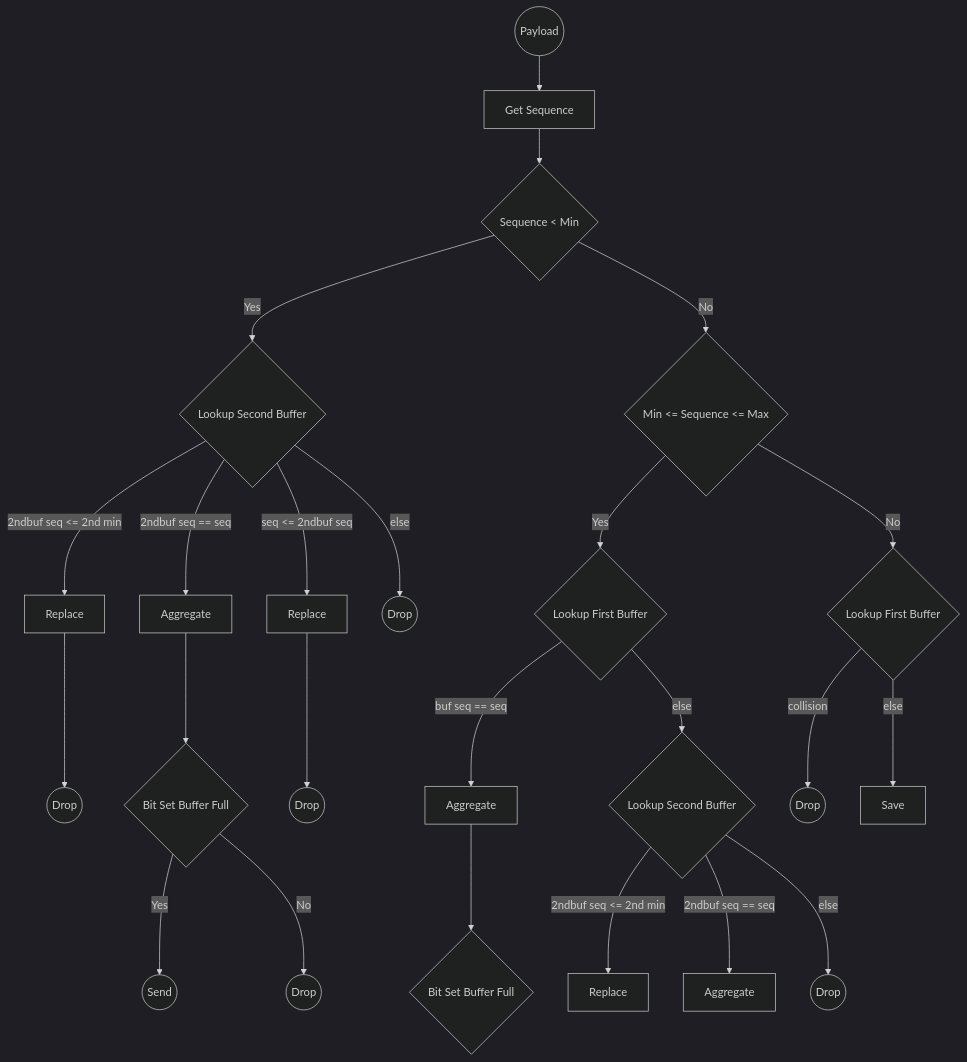
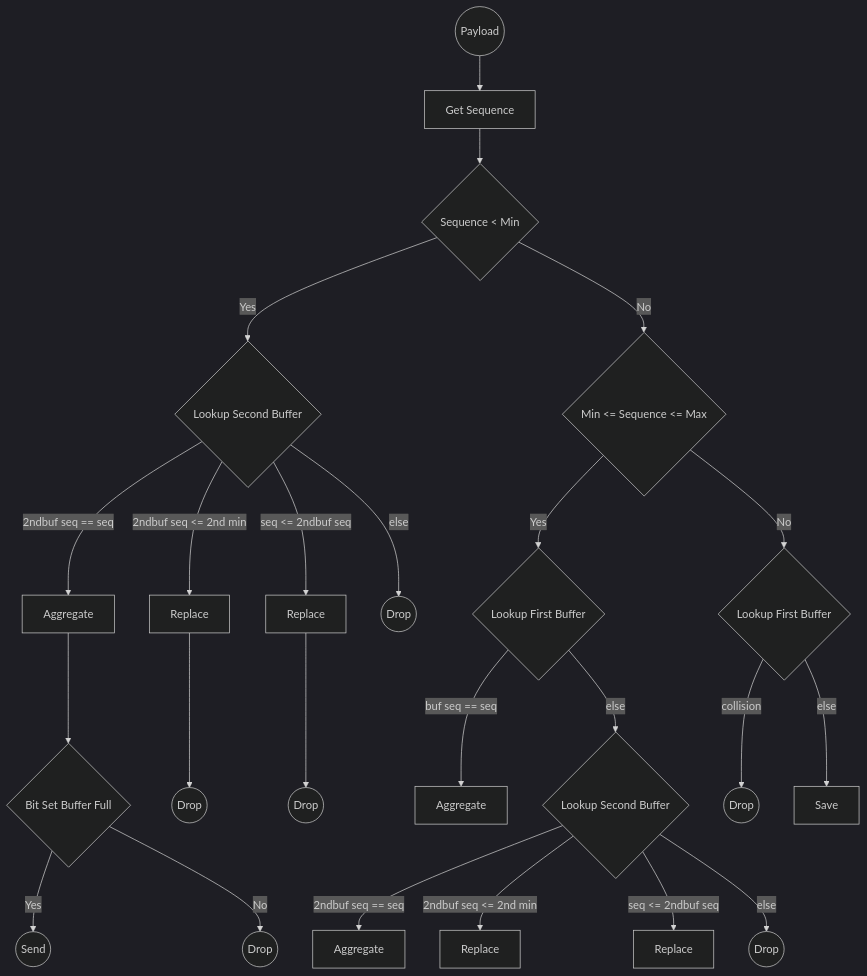
One commit to LittleD3092/My-Vault changed the diagram in 5. Daily General Notes/2024-06-18.md. Above: the diagram before and after it, drawn with Mermaid (dark theme). The commit also changed 27730 other files, not shown here.

````diff
--- a/5. Daily General Notes/2024-06-18.md
+++ b/5. Daily General Notes/2024-06-18.md
@@ -5,63 +5,62 @@
 ```mermaid
 flowchart TB
     payload(("Payload"))
     get_seq["Get Sequence"]
     seq_l_min{"Sequence < Min"}
     lookup_second_buffer1{"Lookup Second Buffer"}
     lookup_second_buffer2{"Lookup Second Buffer"}
     min_leq_seq_leq_max{"Min <= Sequence <= Max"}
     replace1["Replace"]
     replace2["Replace"]
     replace3["Replace"]
+    replace4["Replace"]
     aggregate1["Aggregate"]
     aggregate2["Aggregate"]
     aggregate3["Aggregate"]
     drop1(("Drop"))
     drop2(("Drop"))
     drop3(("Drop"))
     drop4(("Drop"))
     drop5(("Drop"))
     drop6(("Drop"))
     lookup_first_buffer1{"Lookup First Buffer"}
     lookup_first_buffer2{"Lookup First Buffer"}
     bit_set_buffer_full1{"Bit Set Buffer Full"}
-    bit_set_buffer_full2{"Bit Set Buffer Full"}
     save["Save"]
     send(("Send"))
 
     payload --> get_seq
 
     get_seq --> seq_l_min
     
     seq_l_min -- Yes --> lookup_second_buffer1
     seq_l_min -- No --> min_leq_seq_leq_max
     
+    lookup_second_buffer1 --"2ndbuf seq == seq" --> aggregate1
     lookup_second_buffer1 --"2ndbuf seq <= 2nd min" --> replace1
-    lookup_second_buffer1 --"2ndbuf seq == seq" --> aggregate1
     lookup_second_buffer1 --"seq <= 2ndbuf seq" --> replace3
     lookup_second_buffer1 --"else"--> drop1
 
     min_leq_seq_leq_max -- Yes --> lookup_first_buffer1
     min_leq_seq_leq_max -- No --> lookup_first_buffer2
 
     replace1 --> drop2
 
     aggregate1 --> bit_set_buffer_full1
 
     lookup_first_buffer1 --"buf seq == seq" --> aggregate2
     lookup_first_buffer1 --"else" --> lookup_second_buffer2
 
     lookup_first_buffer2 --"collision" --> drop4
     lookup_first_buffer2 --"else" --> save
 
     bit_set_buffer_full1 --"Yes"--> send
     bit_set_buffer_full1 --"No"--> drop3
 
     replace3 --> drop6
 
-    aggregate2 --> bit_set_buffer_full2
-
+    lookup_second_buffer2 --"2ndbuf seq == seq" --> aggregate3
     lookup_second_buffer2 --"2ndbuf seq <= 2nd min" --> replace2
-    lookup_second_buffer2 --"2ndbuf seq == seq" --> aggregate3
+    lookup_second_buffer2 --"seq <= 2ndbuf seq" --> replace4
     lookup_second_buffer2 --"else"--> drop5
 ```
````
